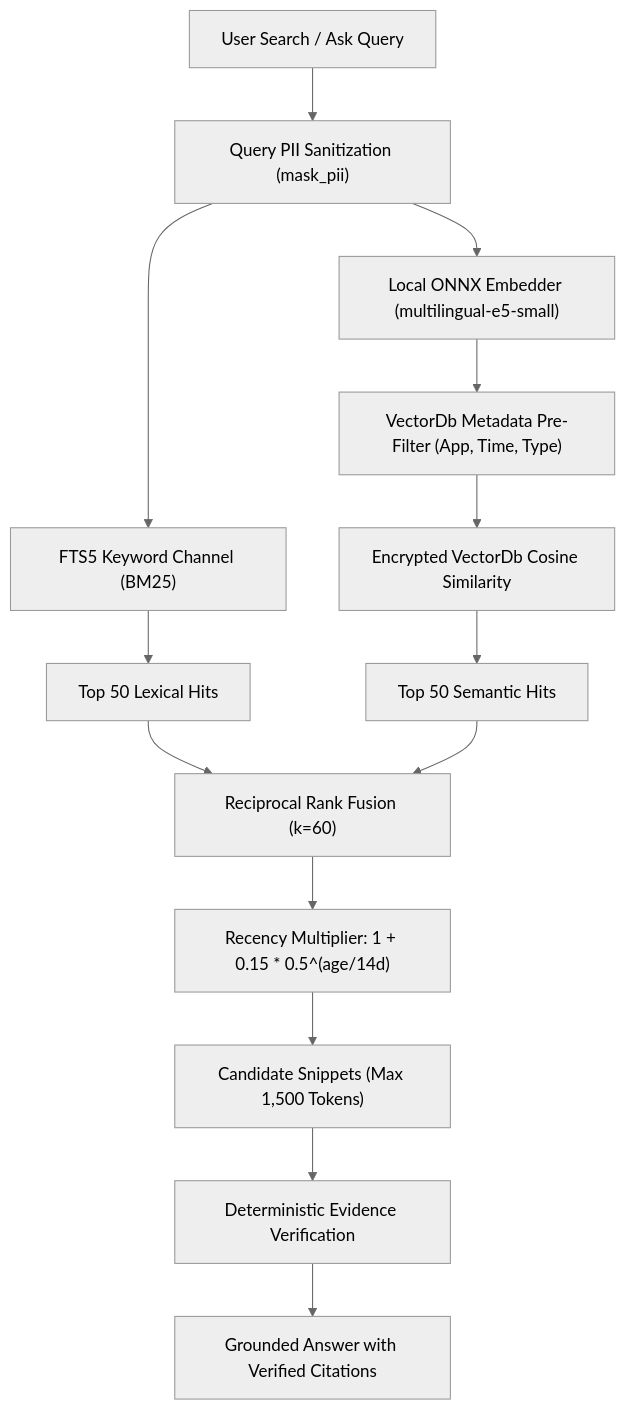
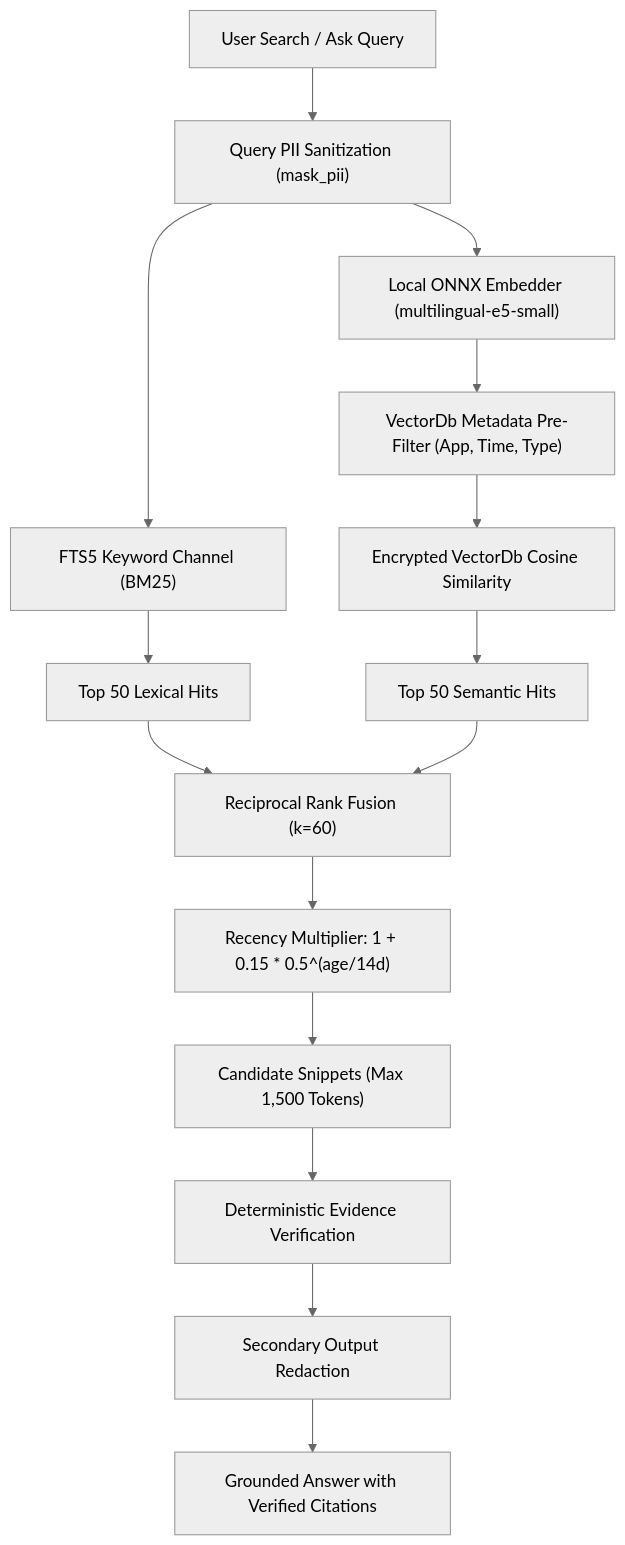
Before and after one commit to webex042/Tessera: the diagram in docs-site/modules/retrieval.md, drawn with Mermaid (neutral theme). The commit also changed other lines of this file and 34 other files, not shown here.

````diff
--- a/docs-site/modules/retrieval.md
+++ b/docs-site/modules/retrieval.md
@@ -30,19 +30,20 @@
 ```mermaid
 flowchart TD
     QUERY["User Search / Ask Query"] --> MASK_Q["Query PII Sanitization (mask_pii)"]
     
     MASK_Q --> FTS["FTS5 Keyword Channel (BM25)"]
     MASK_Q --> EMBED["Local ONNX Embedder (multilingual-e5-small)"]
     
     EMBED --> VEC_FILTER["VectorDb Metadata Pre-Filter (App, Time, Type)"]
     VEC_FILTER --> VEC_SEARCH["Encrypted VectorDb Cosine Similarity"]
     
     FTS --> CAND_FTS["Top 50 Lexical Hits"]
     VEC_SEARCH --> CAND_VEC["Top 50 Semantic Hits"]
     
     CAND_FTS & CAND_VEC --> RRF["Reciprocal Rank Fusion (k=60)"]
     RRF --> AGE_DECAY["Recency Multiplier: 1 + 0.15 * 0.5^(age/14d)"]
     AGE_DECAY --> CAND_SNIPPETS["Candidate Snippets (Max 1,500 Tokens)"]
     CAND_SNIPPETS --> CODE_VERIFY["Deterministic Evidence Verification"]
-    CODE_VERIFY --> FINAL_ANSWER["Grounded Answer with Verified Citations"]
+    CODE_VERIFY --> OUT_REDACT["Secondary Output Redaction"]
+    OUT_REDACT --> FINAL_ANSWER["Grounded Answer with Verified Citations"]
 ```
````
